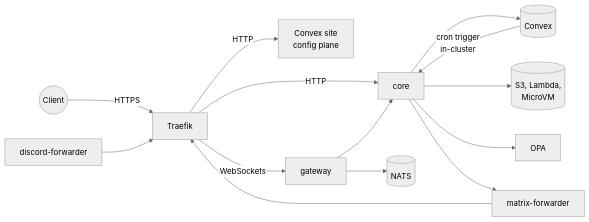
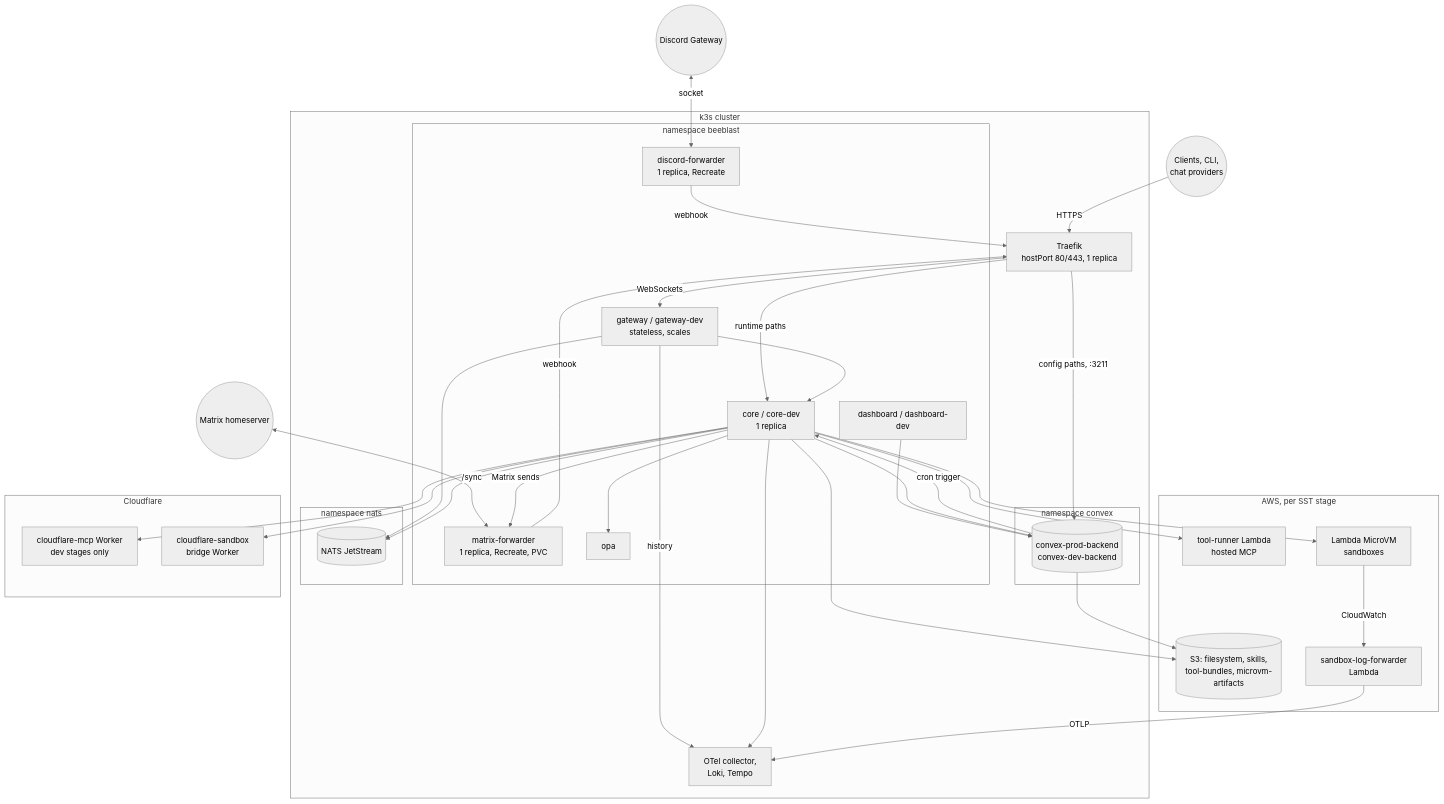
Before and after one commit to beeblastco/broods: the first of 8 diagrams in apps/docs/docs/internals/operations.md, drawn with Mermaid (neutral theme). The commit also changed other lines of this file and 13 other files, not shown here.

First line of the commit message:
docs(internals): diagram-first rewrite of the remaining internals pages

````diff
--- a/apps/docs/docs/internals/operations.md
+++ b/apps/docs/docs/internals/operations.md
@@ -21,16 +9,64 @@
 ```mermaid
-flowchart LR
-  Client((Client)) -->|HTTPS| Ingress[Traefik]
-  Ingress -->|HTTP| Core[core]
-  Ingress -->|HTTP| ConvexSite["Convex site<br/>config plane"]
-  Ingress -->|WebSockets| Gateway[gateway]
+flowchart TB
+  Users(("Clients, CLI,<br/>chat providers"))
+  DiscordGW((Discord Gateway))
+  Homeserver((Matrix homeserver))
+
+  subgraph k3s["k3s cluster"]
+    Traefik["Traefik<br/>hostPort 80/443, 1 replica"]
+    subgraph beeblast["namespace beeblast"]
+      Gateway["gateway / gateway-dev<br/>stateless, scales"]
+      Core["core / core-dev<br/>1 replica"]
+      Dashboard["dashboard / dashboard-dev"]
+      DFwd["discord-forwarder<br/>1 replica, Recreate"]
+      MFwd["matrix-forwarder<br/>1 replica, Recreate, PVC"]
+      OPA["opa"]
+    end
+    subgraph convexns["namespace convex"]
+      Convex[("convex-prod-backend<br/>convex-dev-backend")]
+    end
+    subgraph natsns["namespace nats"]
+      NATS[("NATS JetStream")]
+    end
+    Obs["OTel collector,<br/>Loki, Tempo"]
+  end
+
+  subgraph AWS["AWS, per SST stage"]
+    S3[("S3: filesystem, skills,<br/>tool-bundles, microvm-artifacts")]
+    ToolRunner["tool-runner Lambda<br/>hosted MCP"]
+    MicroVM["Lambda MicroVM<br/>sandboxes"]
+    LogFwd["sandbox-log-forwarder<br/>Lambda"]
+  end
+
+  subgraph CF["Cloudflare"]
+    McpWorker["cloudflare-mcp Worker<br/>dev stages only"]
+    SbxWorker["cloudflare-sandbox<br/>bridge Worker"]
+  end
+
+  Users -->|HTTPS| Traefik
+  Traefik -->|runtime paths| Core
+  Traefik -->|"config paths, :3211"| Convex
+  Traefik -->|WebSockets| Gateway
   Gateway --> Core
-  Gateway --> NATS[(NATS)]
-  Core --> Convex[(Convex)]
-  Core --> AWS[("S3, Lambda,<br/>MicroVM")]
-  Core --> OPA[OPA]
-  Convex -->|"cron trigger<br/>in-cluster"| Core
-  DFwd[discord-forwarder] --> Ingress
-  MFwd[matrix-forwarder] --> Ingress
-  Core --> MFwd
+  Gateway --> NATS
+  Gateway -->|history| Obs
+  Dashboard --> Convex
+  Core --> Convex
+  Core --> NATS
+  Core --> OPA
+  Core --> Obs
+  Convex -->|cron trigger| Core
+  Core --> S3
+  Core --> ToolRunner
+  Core --> MicroVM
+  Core --> McpWorker
+  Core --> SbxWorker
+  Convex --> S3
+  MicroVM -->|CloudWatch| LogFwd
+  LogFwd -->|OTLP| Obs
+  DiscordGW <-->|socket| DFwd
+  Homeserver <-->|"/sync"| MFwd
+  DFwd -->|webhook| Traefik
+  MFwd -->|webhook| Traefik
+  Core -->|Matrix sends| MFwd
 ```
````
